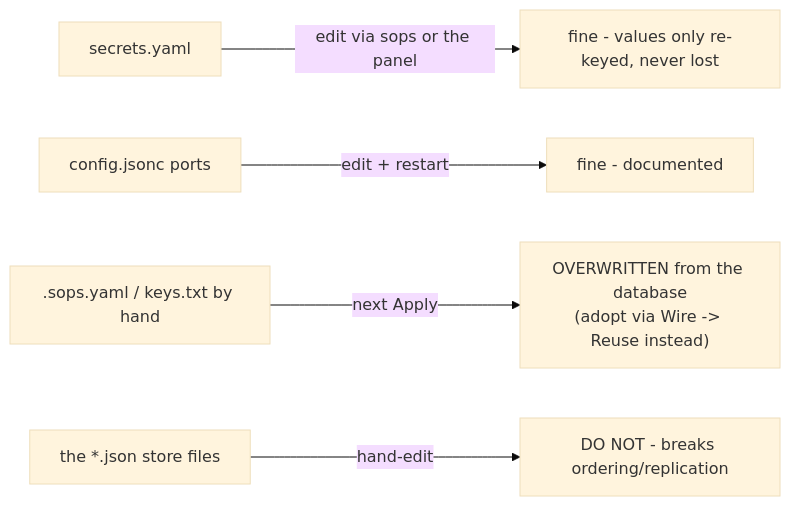
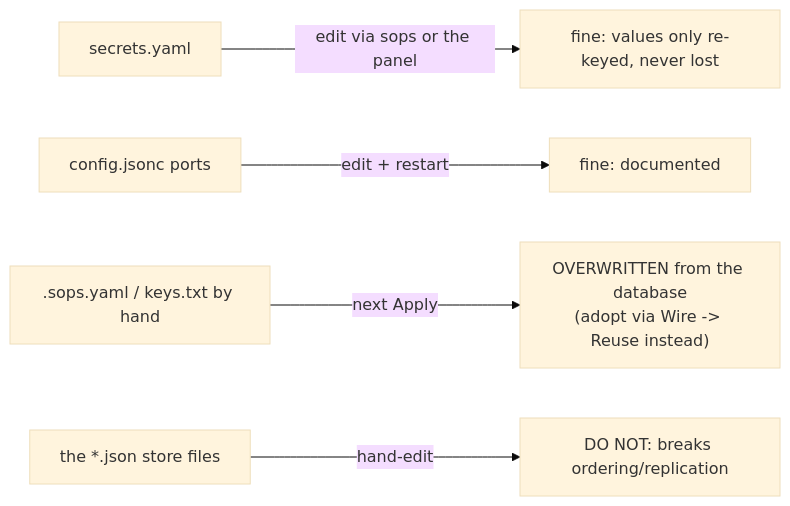
One commit to DavidTimar1/SopsHQ changed the second of 5 diagrams in docs/architecture/storage-backup-recovery.md. Above: the diagram before and after it, drawn with Mermaid (base theme). The commit also changed other lines of this file and 35 other files, not shown here.

Commit message:
SopsHQ 0.87.4: docs fact-checked and restructured; bulk-add is admin-only on the server

````diff
--- a/docs/architecture/storage-backup-recovery.md
+++ b/docs/architecture/storage-backup-recovery.md
@@ -126,7 +163,7 @@
 ```mermaid
 flowchart LR
-  A["secrets.yaml"] -->|"edit via sops or the panel"| OK1["fine - values only re-keyed, never lost"]
-  B["config.jsonc ports"] -->|"edit + restart"| OK2["fine - documented"]
+  A["secrets.yaml"] -->|"edit via sops or the panel"| OK1["fine: values only re-keyed, never lost"]
+  B["config.jsonc ports"] -->|"edit + restart"| OK2["fine: documented"]
   C[".sops.yaml / keys.txt by hand"] -->|"next Apply"| WARN["OVERWRITTEN from the database\n(adopt via Wire -> Reuse instead)"]
-  D["the *.json store files"] -->|"hand-edit"| BAD["DO NOT - breaks ordering/replication"]
+  D["the *.json store files"] -->|"hand-edit"| BAD["DO NOT: breaks ordering/replication"]
 ```
````
